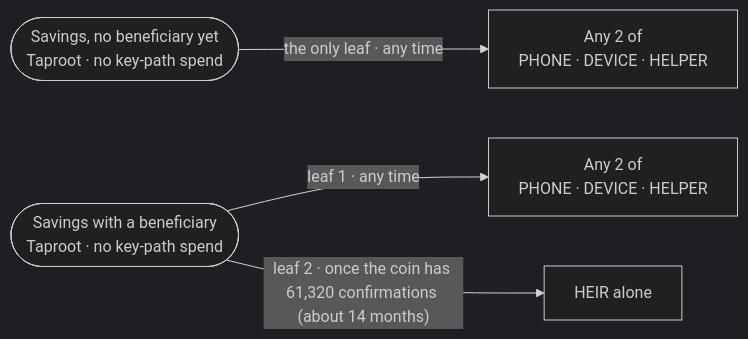
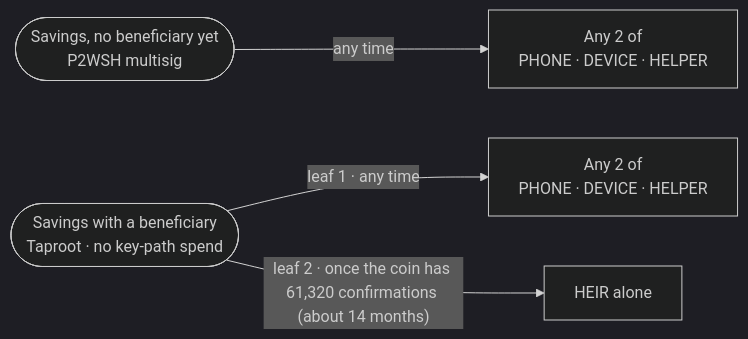
The diagram in crates/twofold-savings/README.md (brent472/satkeep), drawn with Mermaid (dark theme) before and after one commit. The commit also changed other lines of this file and 6 other files, not shown here.

First line of the commit message:
Docs: two Savings shapes and why, no card-only path, the new exit drill

````diff
--- a/crates/twofold-savings/README.md
+++ b/crates/twofold-savings/README.md
@@ -11,8 +11,8 @@
 ```mermaid
 flowchart LR
-    plain(["Savings, no beneficiary yet<br/>Taproot · no key-path spend"])
-    plain -->|"the only leaf · any time"| two1["Any 2 of<br/>PHONE · DEVICE · HELPER"]
+    plain(["Savings, no beneficiary yet<br/>P2WSH multisig"])
+    plain -->|"any time"| two1["Any 2 of<br/>PHONE · DEVICE · HELPER"]
     heir(["Savings with a beneficiary<br/>Taproot · no key-path spend"])
     heir -->|"leaf 1 · any time"| two2["Any 2 of<br/>PHONE · DEVICE · HELPER"]
     heir -->|"leaf 2 · once the coin has 61,320 confirmations (about 14 months)"| alone["HEIR alone"]
 ```
````
